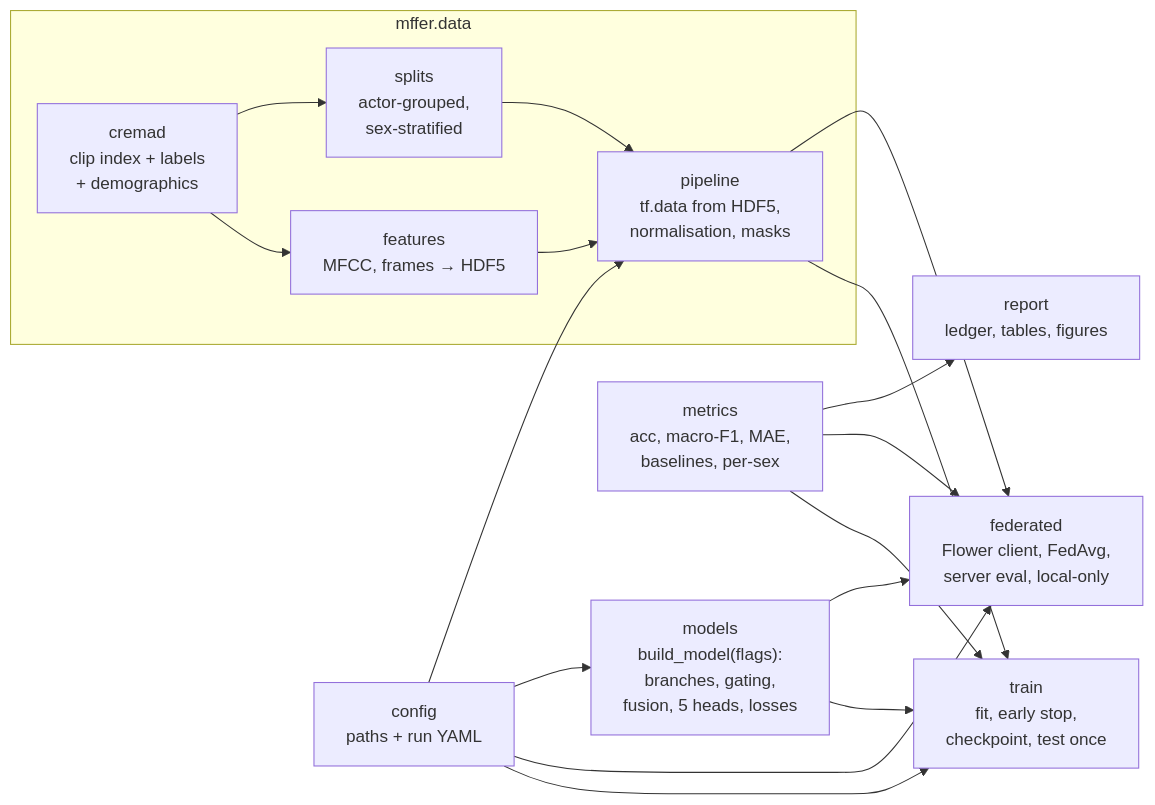
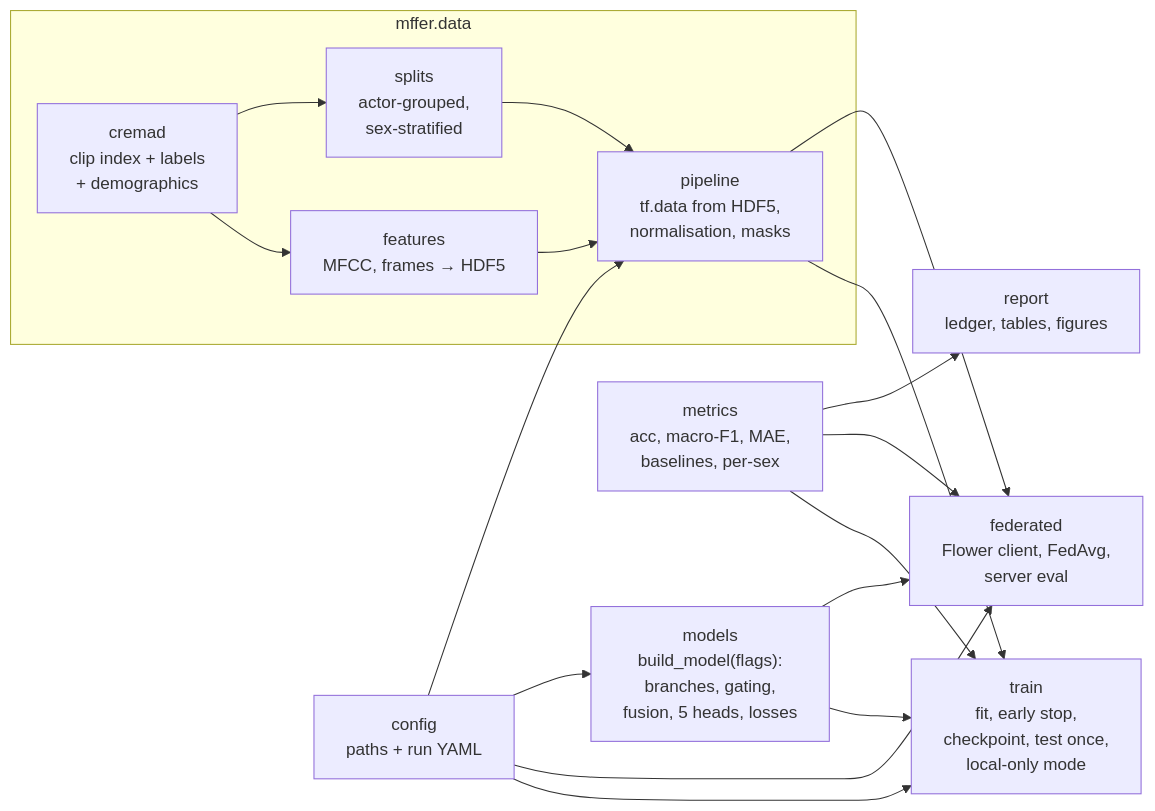
Before and after one commit to n0th1ng999/mffer-exp: the third of 3 diagrams in README.md, drawn with Mermaid. The commit also changed other lines of this file and 2 other files, not shown here.

````diff
--- a/README.md
+++ b/README.md
@@ -152,24 +314,24 @@
 ```mermaid
 flowchart LR
     subgraph data[mffer.data]
         CR["cremad<br/>clip index + labels<br/>+ demographics"]
         FE["features<br/>MFCC, frames → HDF5"]
         SP["splits<br/>actor-grouped,<br/>sex-stratified"]
         PL["pipeline<br/>tf.data from HDF5,<br/>normalisation, masks"]
     end
     CFG["config<br/>paths + run YAML"]
     MD["models<br/>build_model(flags):<br/>branches, gating,<br/>fusion, 5 heads, losses"]
     MT["metrics<br/>acc, macro-F1, MAE,<br/>baselines, per-sex"]
-    TR["train<br/>fit, early stop,<br/>checkpoint, test once"]
-    FD["federated<br/>Flower client, FedAvg,<br/>server eval, local-only"]
+    TR["train<br/>fit, early stop,<br/>checkpoint, test once,<br/>local-only mode"]
+    FD["federated<br/>Flower client, FedAvg,<br/>server eval"]
     RP["report<br/>ledger, tables, figures"]
 
     CR --> FE
     CR --> SP
     FE --> PL
     SP --> PL
     CFG --> TR & FD & PL & MD
     PL --> TR & FD
     MD --> TR & FD
     MT --> TR & FD & RP
 ```
````
